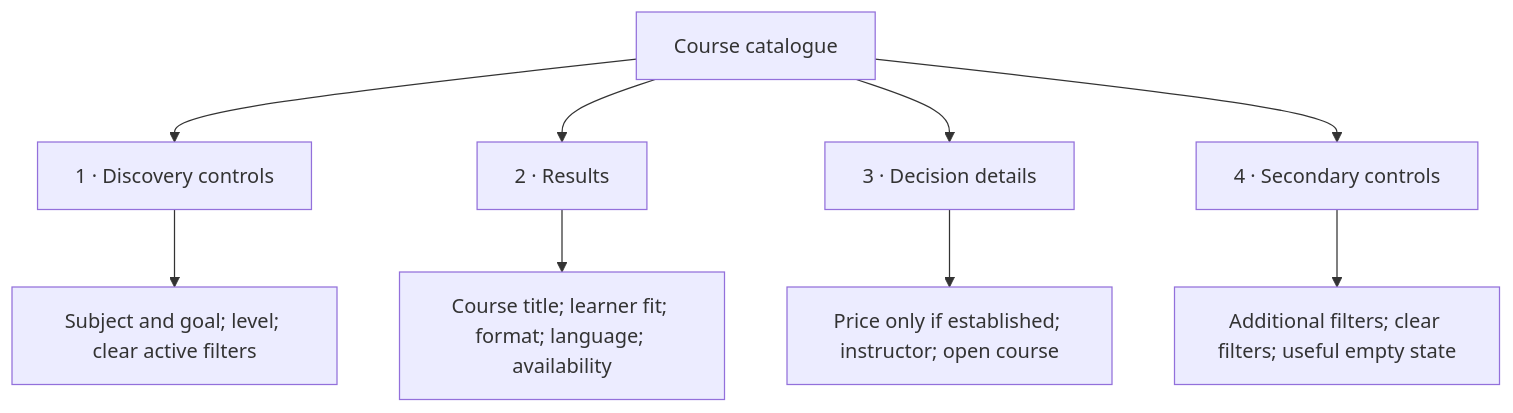
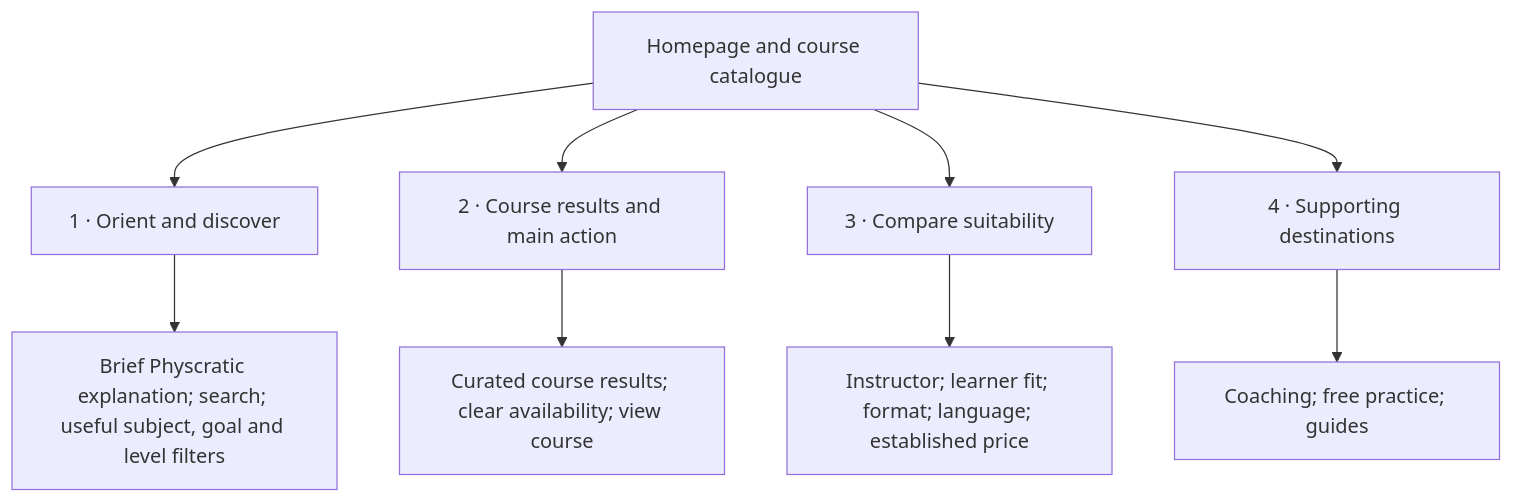
One commit to Physcratic/physcratic changed the first of 9 diagrams in docs/engineering/TEST_PAGE_HIERARCHIES.md. Above: the diagram before and after it, drawn with Mermaid. The commit also changed other lines of this file and 2 other files, not shown here.

Commit message:
docs: make experimental homepage the primary course catalogue

````diff
--- a/docs/engineering/TEST_PAGE_HIERARCHIES.md
+++ b/docs/engineering/TEST_PAGE_HIERARCHIES.md
@@ -50,20 +27,20 @@
 ```mermaid
 flowchart TD
-  page["Course catalogue"]
-  first["1 · Discovery controls"]
-  second["2 · Results"]
-  support["3 · Decision details"]
-  extra["4 · Secondary controls"]
-  firstContent["Subject and goal; level; clear active filters"]
-  secondContent["Course title; learner fit; format; language; availability"]
-  supportContent["Price only if established; instructor; open course"]
-  extraContent["Additional filters; clear filters; useful empty state"]
+  page["Homepage and course catalogue"]
+  first["1 · Orient and discover"]
+  second["2 · Course results and main action"]
+  support["3 · Compare suitability"]
+  extra["4 · Supporting destinations"]
+  firstContent["Brief Physcratic explanation; search; useful subject, goal and level filters"]
+  secondContent["Curated course results; clear availability; view course"]
+  supportContent["Instructor; learner fit; format; language; established price"]
+  extraContent["Coaching; free practice; guides"]
   page --> first
   page --> second
   page --> support
   page --> extra
   first --> firstContent
   second --> secondContent
   support --> supportContent
   extra --> extraContent
 ```
````
